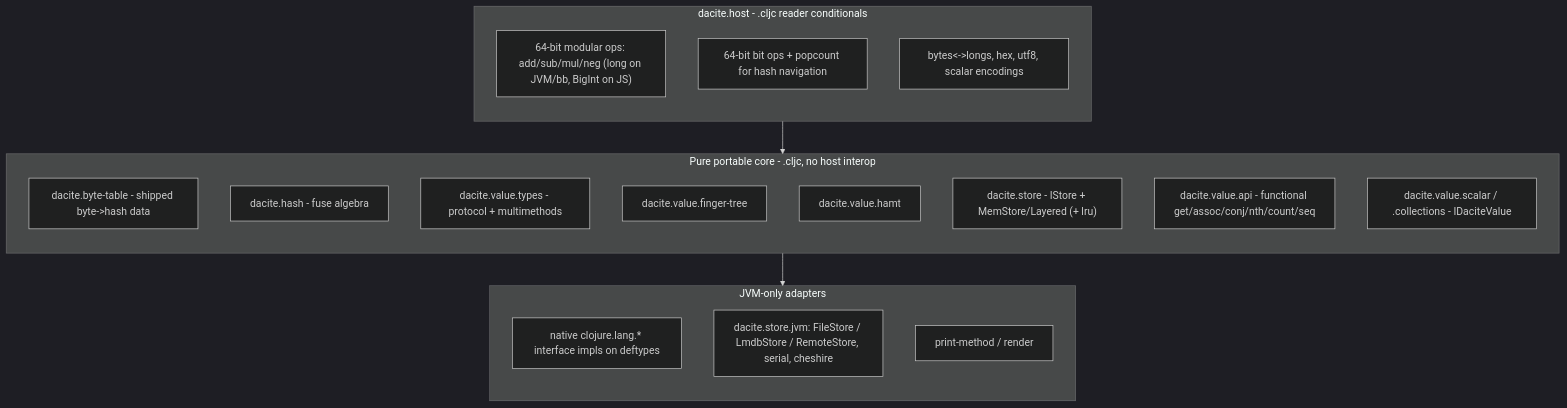
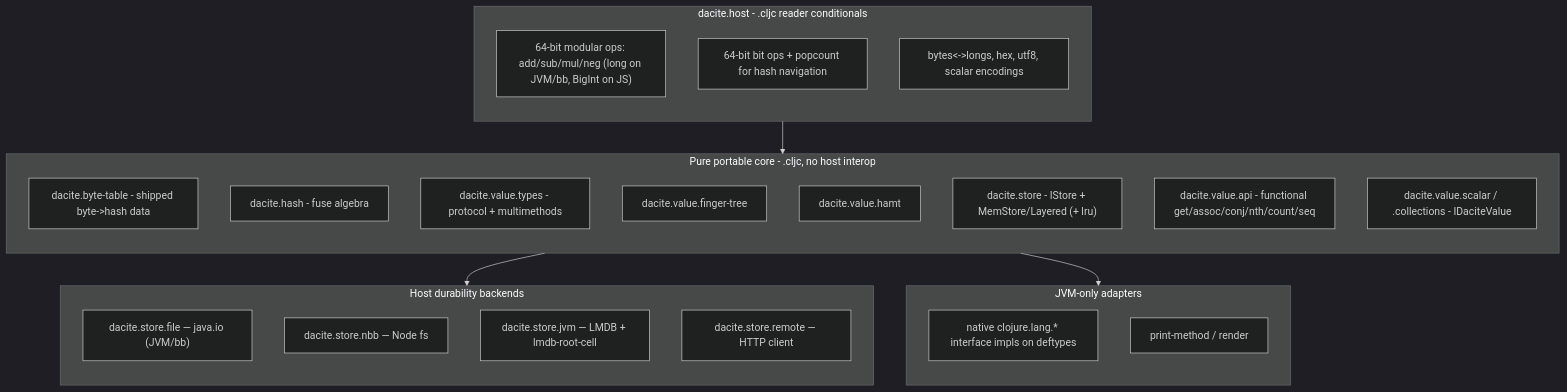
One commit to jclaggett/dacite changed the diagram in docs/design/portable-core.md. Above: the diagram before and after it, drawn with Mermaid (dark theme). The commit also changed other lines of this file and 14 other files, not shown here.

````diff
--- a/docs/design/portable-core.md
+++ b/docs/design/portable-core.md
@@ -33,28 +33,35 @@
 ```mermaid
 flowchart TB
   subgraph host [dacite.host - .cljc reader conditionals]
     direction TB
     u64["64-bit modular ops: add/sub/mul/neg (long on JVM/bb, BigInt on JS)"]
     bits["64-bit bit ops + popcount for hash navigation"]
     conv["bytes<->longs, hex, utf8, scalar encodings"]
   end
   subgraph core [Pure portable core - .cljc, no host interop]
     direction TB
     tbl["dacite.byte-table - shipped byte->hash data"]
     hash["dacite.hash - fuse algebra"]
     types["dacite.value.types - protocol + multimethods"]
     ft["dacite.value.finger-tree"]
     ha["dacite.value.hamt"]
     memstore["dacite.store - IStore + MemStore/Layered (+ lru)"]
     api["dacite.value.api - functional get/assoc/conj/nth/count/seq"]
     values["dacite.value.scalar / .collections - IDaciteValue"]
   end
+  subgraph hostbackends [Host durability backends]
+    direction TB
+    filejvm["dacite.store.file — java.io (JVM/bb)"]
+    filenbb["dacite.store.nbb — Node fs"]
+    lmdb["dacite.store.jvm — LMDB + lmdb-root-cell"]
+    remote["dacite.store.remote — HTTP client"]
+  end
   subgraph jvmonly [JVM-only adapters]
     direction TB
     native["native clojure.lang.* interface impls on deftypes"]
-    backends["dacite.store.jvm: FileStore / LmdbStore / RemoteStore, serial, cheshire"]
     print["print-method / render"]
   end
   host --> core
+  core --> hostbackends
   core --> jvmonly
 ```
````
